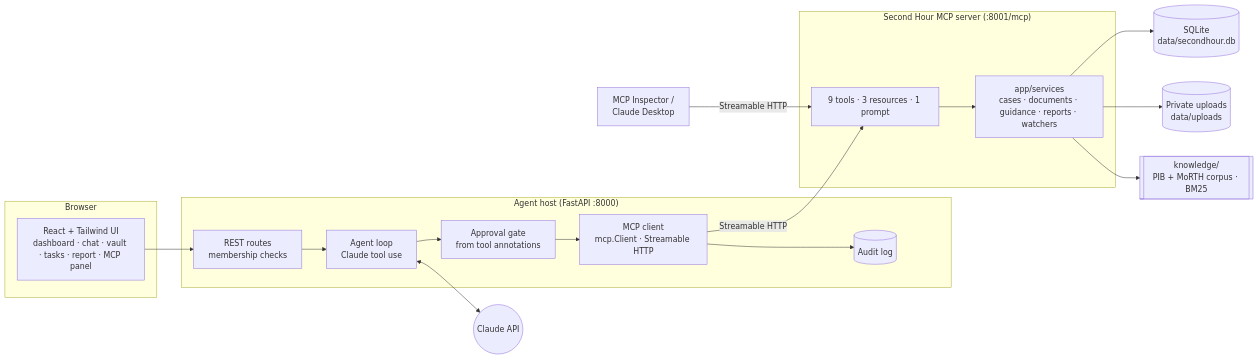
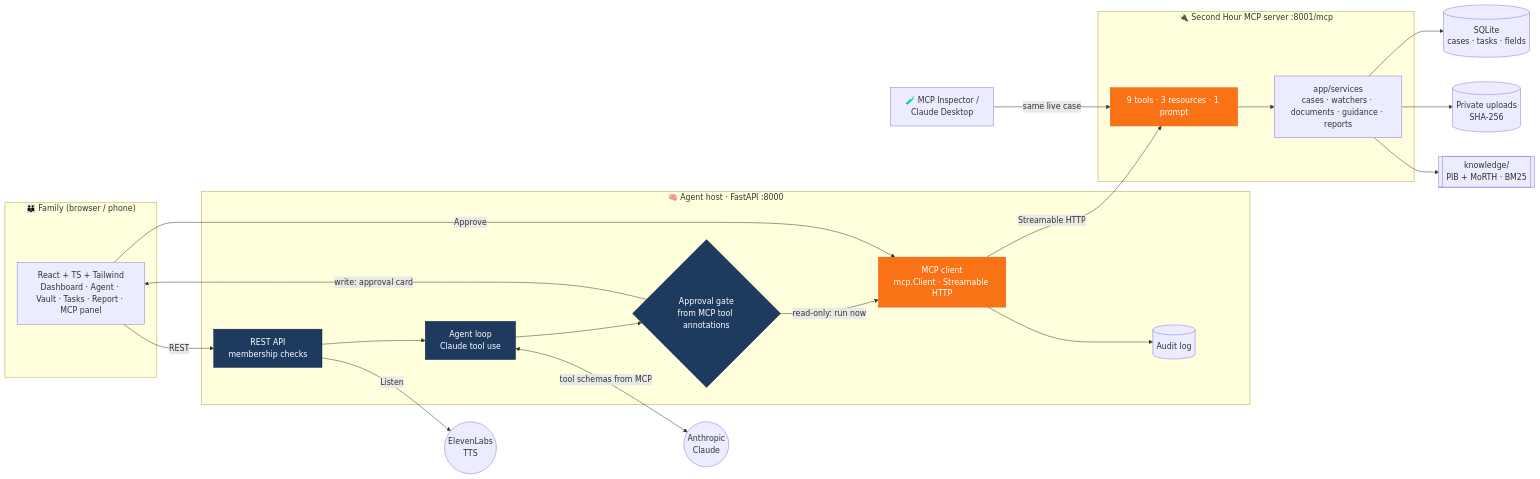
Before and after one commit to ALN-web/second-hour: the first of 2 diagrams in README.md, drawn with Mermaid. The commit also changed other lines of this file and 14 other files, not shown here.

Commit message:
Polished README with screenshots and diagrams, architecture deep dive, deep links, offline-mode chip

````diff
--- a/README.md
+++ b/README.md
@@ -34,32 +77,44 @@
 ```mermaid
 flowchart LR
-  subgraph Browser
-    UI[React + Tailwind UI<br/>dashboard · chat · vault · tasks · report · MCP panel]
+  subgraph Family["👪 Family (browser / phone)"]
+    UI["React + TS + Tailwind<br/>Dashboard · Agent · Vault · Tasks · Report · MCP panel"]
   end
-  subgraph Host["Agent host (FastAPI :8000)"]
-    API[REST routes<br/>membership checks]
-    AGENT[Agent loop<br/>Claude tool use]
-    MCPC[MCP client<br/>mcp.Client · Streamable HTTP]
-    APPROVAL[Approval gate<br/>from tool annotations]
-    AUDIT[(Audit log)]
+
+  subgraph Host["🧠 Agent host · FastAPI :8000"]
+    API["REST API<br/>membership checks"]
+    LOOP["Agent loop<br/>Claude tool use"]
+    GATE{"Approval gate<br/>from MCP tool annotations"}
+    CLIENT["MCP client<br/>mcp.Client · Streamable HTTP"]
+    AUDIT[("Audit log")]
   end
-  subgraph Server["Second Hour MCP server (:8001/mcp)"]
-    TOOLS[9 tools · 3 resources · 1 prompt]
-    SVC[app/services<br/>cases · documents · guidance · reports · watchers]
+
+  subgraph Server["🔌 Second Hour MCP server :8001/mcp"]
+    TOOLS["9 tools · 3 resources · 1 prompt"]
+    SVC["app/services<br/>cases · watchers · documents · guidance · reports"]
   end
-  DB[(SQLite<br/>data/secondhour.db)]
-  FILES[(Private uploads<br/>data/uploads)]
-  KB[[knowledge/<br/>PIB + MoRTH corpus · BM25]]
-  CLAUDE((Claude API))
-  INSPECTOR[MCP Inspector /<br/>Claude Desktop]
 
-  UI --> API --> AGENT
-  AGENT <--> CLAUDE
-  AGENT --> APPROVAL --> MCPC
-  MCPC -- Streamable HTTP --> TOOLS
-  MCPC --> AUDIT
-  TOOLS --> SVC --> DB
-  SVC --> FILES
-  SVC --> KB
-  INSPECTOR -- Streamable HTTP --> TOOLS
+  DB[("SQLite<br/>cases · tasks · fields")]
+  FILES[("Private uploads<br/>SHA-256")]
+  KB[["knowledge/<br/>PIB + MoRTH · BM25"]]
+  LLM(("Anthropic<br/>Claude"))
+  VOICE(("ElevenLabs<br/>TTS"))
+  HOST2["🧪 MCP Inspector /<br/>Claude Desktop"]
+
+  UI -->|REST| API --> LOOP
+  LOOP <-->|tool schemas from MCP| LLM
+  LOOP --> GATE
+  GATE -->|read-only: run now| CLIENT
+  GATE -->|write: approval card| UI
+  UI -->|Approve| CLIENT
+  CLIENT -->|Streamable HTTP| TOOLS
+  CLIENT --> AUDIT
+  TOOLS --> SVC
+  SVC --> DB & FILES & KB
+  API -->|Listen| VOICE
+  HOST2 -->|same live case| TOOLS
+
+  classDef mcp fill:#f97316,stroke:#ea580c,color:#fff
+  classDef host fill:#1e3a5f,stroke:#10243f,color:#fff
+  class TOOLS,CLIENT mcp
+  class LOOP,API,GATE host
 ```
````
